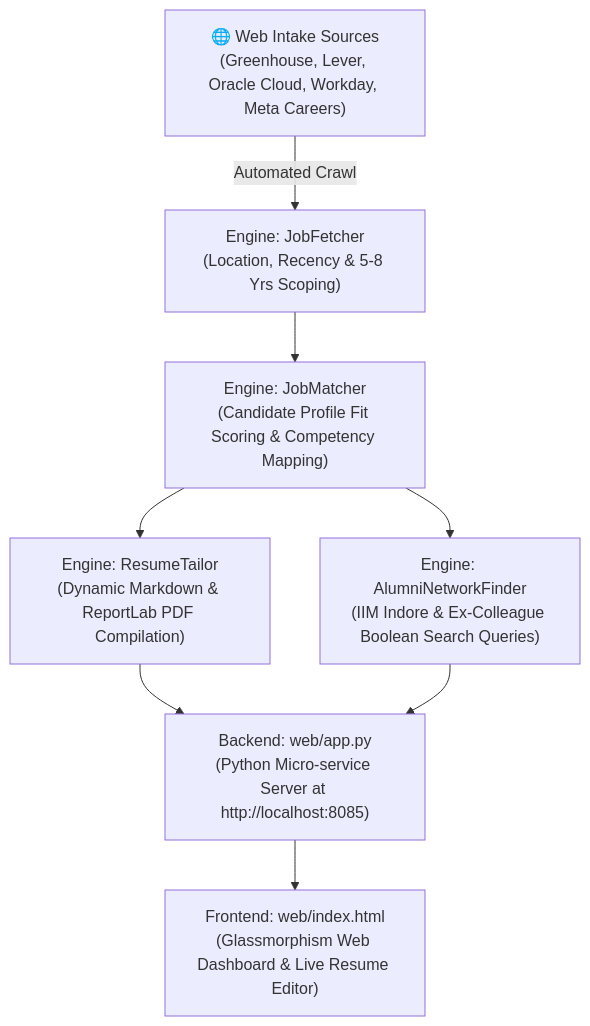
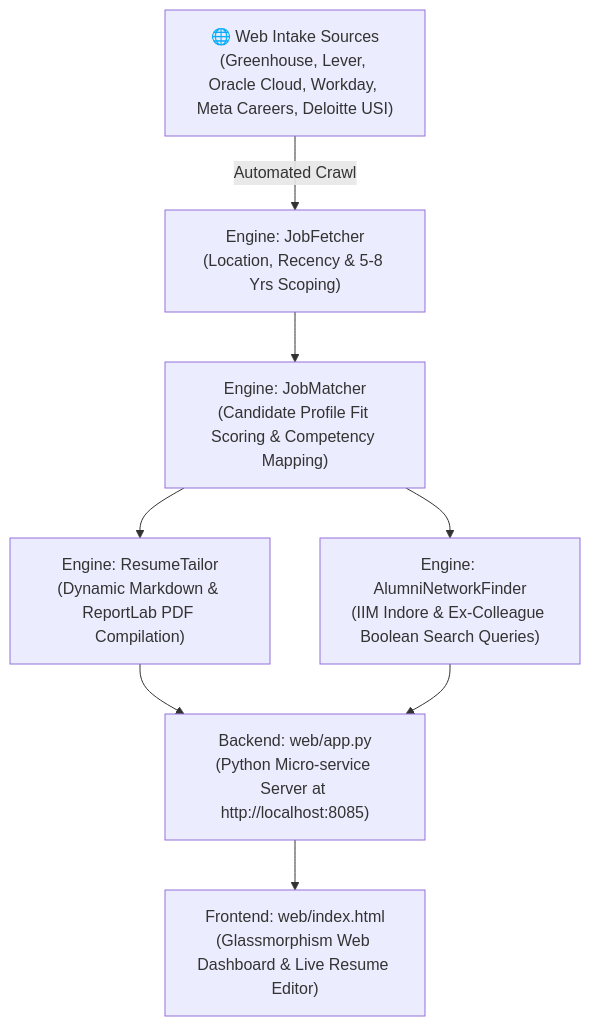
Before and after one commit to isoniab/JobSearchAutomate: the diagram in README.md, drawn with Mermaid. The commit also changed other lines of this file and 15 other files, not shown here.

````diff
--- a/README.md
+++ b/README.md
@@ -24,10 +24,10 @@
 ```mermaid
 graph TD
-    A["🌐 Web Intake Sources<br/>(Greenhouse, Lever, Oracle Cloud, Workday, Meta Careers)"] -->|Automated Crawl| B["Engine: JobFetcher<br/>(Location, Recency & 5-8 Yrs Scoping)"]
+    A["🌐 Web Intake Sources<br/>(Greenhouse, Lever, Oracle Cloud, Workday, Meta Careers, Deloitte USI)"] -->|Automated Crawl| B["Engine: JobFetcher<br/>(Location, Recency & 5-8 Yrs Scoping)"]
     B --> C["Engine: JobMatcher<br/>(Candidate Profile Fit Scoring & Competency Mapping)"]
     C --> D["Engine: ResumeTailor<br/>(Dynamic Markdown & ReportLab PDF Compilation)"]
     C --> E["Engine: AlumniNetworkFinder<br/>(IIM Indore & Ex-Colleague Boolean Search Queries)"]
     D --> F["Backend: web/app.py<br/>(Python Micro-service Server at http://localhost:8085)"]
     E --> F
     F --> G["Frontend: web/index.html<br/>(Glassmorphism Web Dashboard & Live Resume Editor)"]
 ```
````
